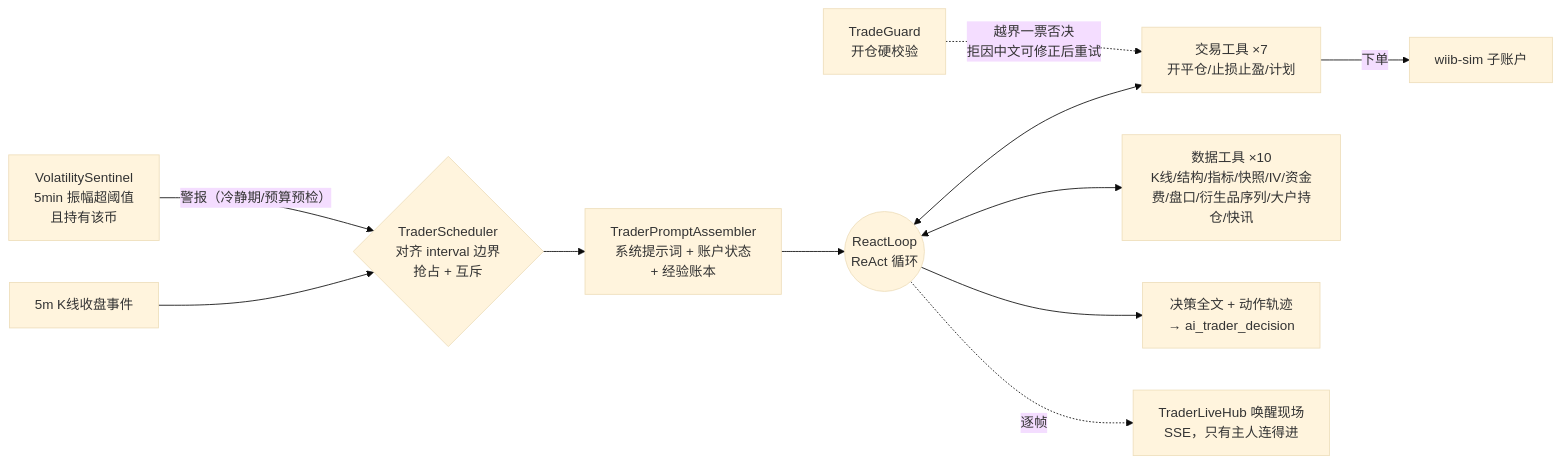
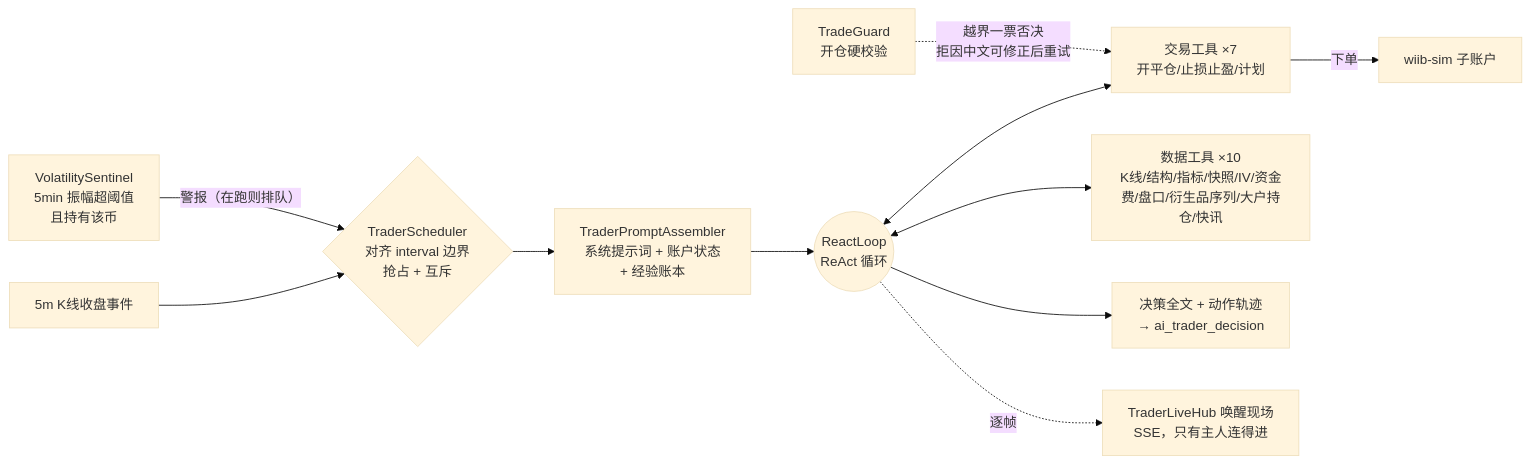
Before and after one commit to mamawai/wtfibought: the second of 5 diagrams in docs/agent-harness/architecture.md, drawn with Mermaid (base theme). The commit also changed other lines of this file and 45 other files, not shown here.

````diff
--- a/docs/agent-harness/architecture.md
+++ b/docs/agent-harness/architecture.md
@@ -50,13 +50,13 @@
 ```mermaid
 flowchart LR
     CLK["5m K线收盘事件"] --> SCH{"TraderScheduler<br/>对齐 interval 边界<br/>抢占 + 互斥"}
-    SEN["VolatilitySentinel<br/>5min 振幅超阈值<br/>且持有该币"] -->|"警报（冷静期/预算预检）"| SCH
+    SEN["VolatilitySentinel<br/>5min 振幅超阈值<br/>且持有该币"] -->|"警报（在跑则排队）"| SCH
     SCH --> PA["TraderPromptAssembler<br/>系统提示词 + 账户状态<br/>+ 经验账本"]
     PA --> RA(("ReactLoop<br/>ReAct 循环"))
     RA <--> T1["交易工具 ×7<br/>开平仓/止损止盈/计划"]
     RA <--> T2["数据工具 ×10<br/>K线/结构/指标/快照/IV/资金费/盘口/衍生品序列/大户持仓/快讯"]
     RA --> OUT["决策全文 + 动作轨迹<br/>→ ai_trader_decision"]
     RA -.->|"逐帧"| HUB["TraderLiveHub 唤醒现场<br/>SSE，只有主人连得进"]
     GUARD["TradeGuard<br/>开仓硬校验"] -.->|"越界一票否决<br/>拒因中文可修正后重试"| T1
     T1 -->|"下单"| SIMX["wiib-sim 子账户"]
 ```
````
